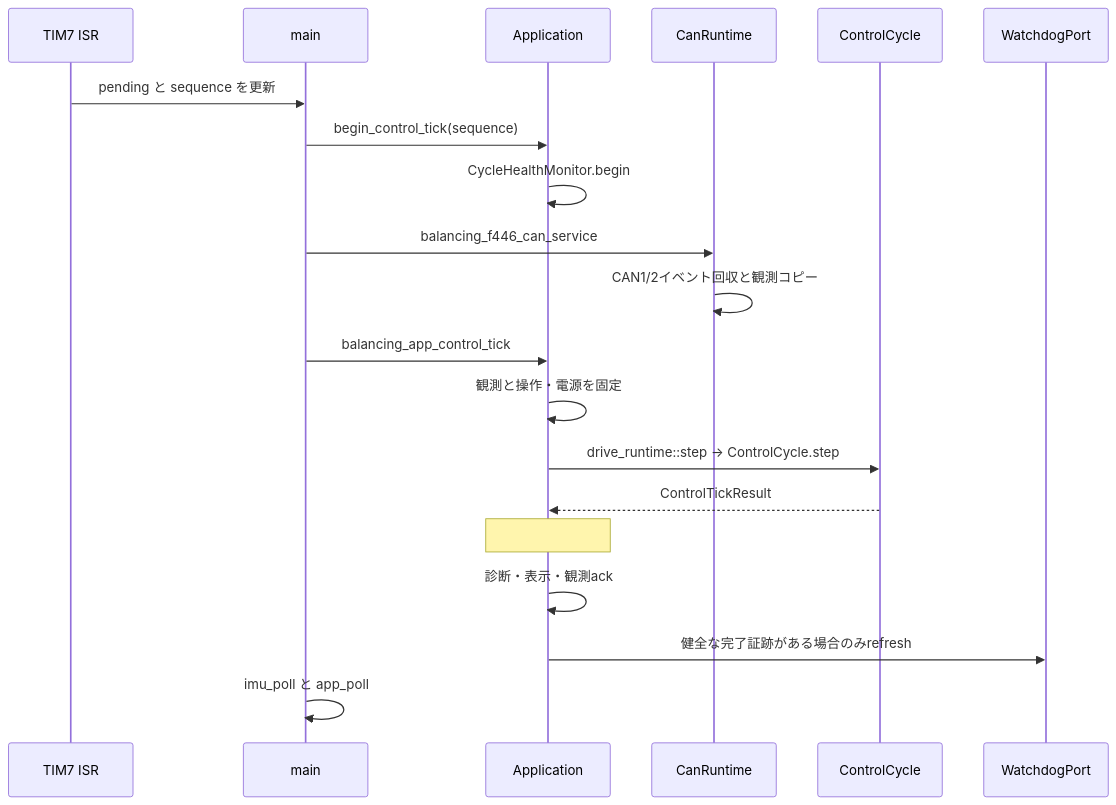
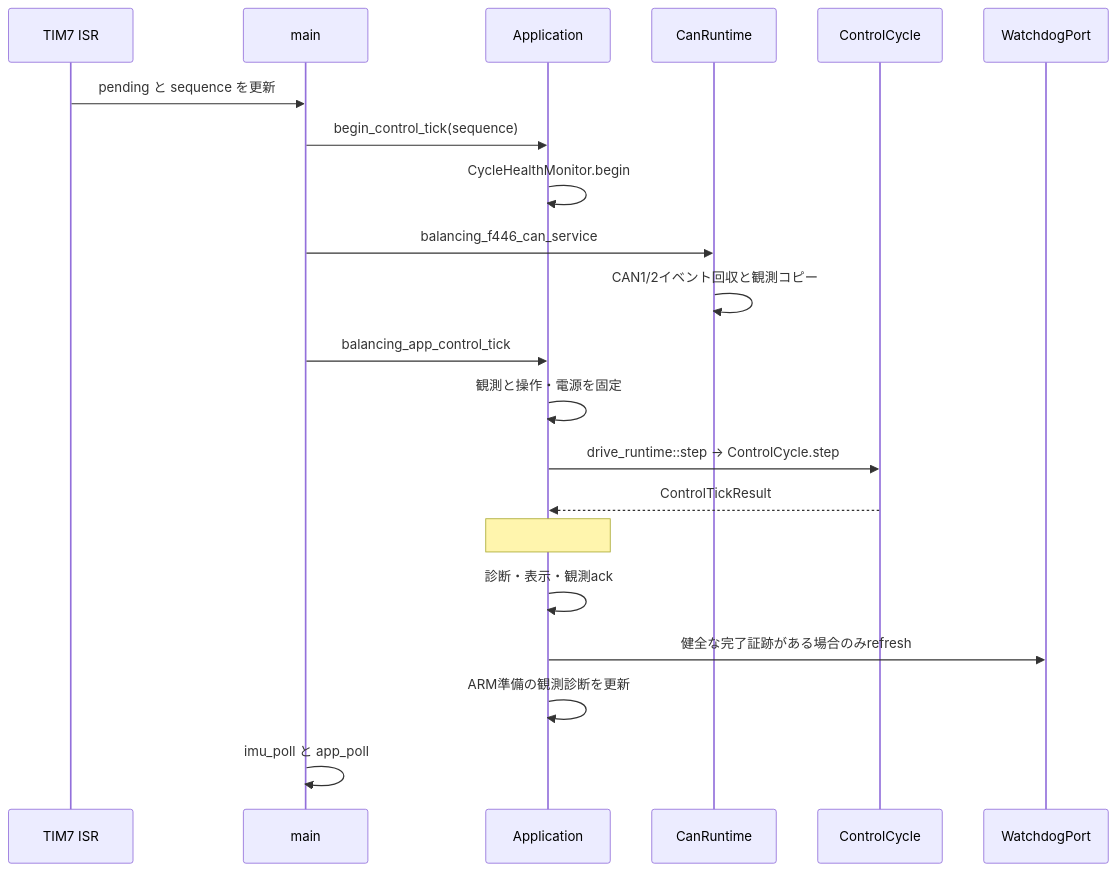
Before and after one commit to kou-pen/balancing: the second of 9 diagrams in docs/diagrams.md, drawn with Mermaid. The commit also changed other lines of this file and 24 other files, not shown here.

```diff
--- a/docs/diagrams.md
+++ b/docs/diagrams.md
@@ -27,22 +27,23 @@
 <pre class="mermaid">
 sequenceDiagram
     participant T as TIM7 ISR
     participant M as main
     participant A as Application
     participant C as CanRuntime
     participant P as ControlCycle
     participant W as WatchdogPort
     T->>M: pending と sequence を更新
     M->>A: begin_control_tick(sequence)
     A->>A: CycleHealthMonitor.begin
     M->>C: balancing_f446_can_service
     C->>C: CAN1/2イベント回収と観測コピー
     M->>A: balancing_app_control_tick
     A->>A: 観測と操作・電源を固定
     A->>P: drive_runtime::step → ControlCycle.step
     P-->>A: ControlTickResult
     Note over A: #88の明示設定時は停止予約・送信処理も行う
     A->>A: 診断・表示・観測ack
     A->>W: 健全な完了証跡がある場合のみrefresh
+    A->>A: ARM準備の観測診断を更新
     M->>M: imu_poll と app_poll
 </pre>
```
